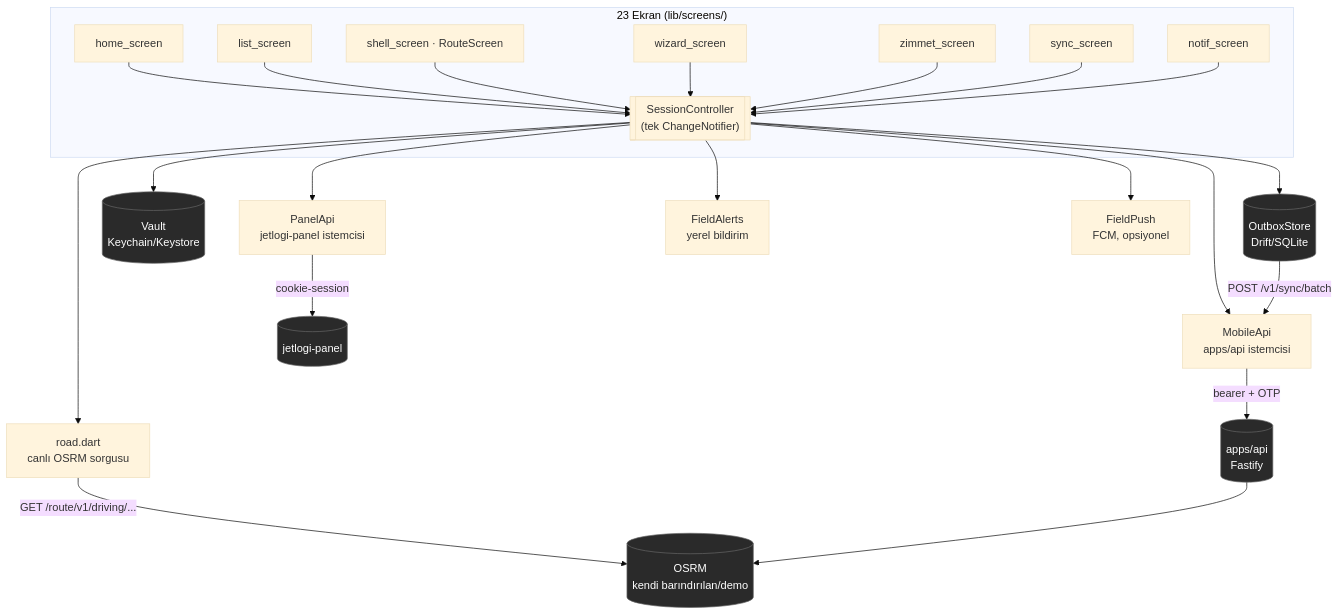
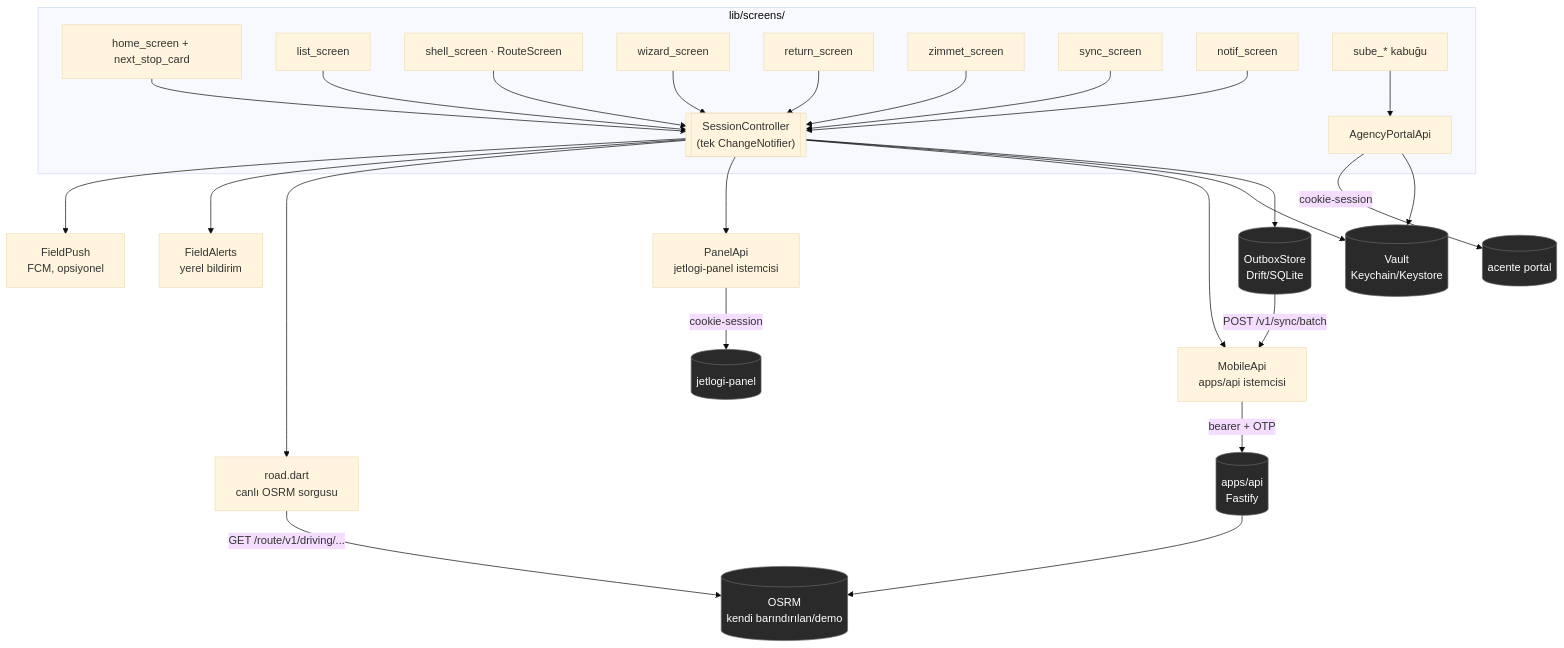
One commit to aatahannbayram/jetlogiv2 changed the first of 3 diagrams in apps/mobile/README.md. Above: the diagram before and after it, drawn with Mermaid (base theme). The commit also changed other lines of this file and 118 other files, not shown here.

````diff
--- a/apps/mobile/README.md
+++ b/apps/mobile/README.md
@@ -53,31 +58,36 @@
 ```mermaid
 flowchart TB
-    subgraph UI["23 Ekran (lib/screens/)"]
-        Home[home_screen] --> Session
+    subgraph UI["lib/screens/"]
+        Home[home_screen + next_stop_card] --> Session
         List[list_screen] --> Session
         Route[shell_screen · RouteScreen] --> Session
         Wizard[wizard_screen] --> Session
+        Return[return_screen] --> Session
         Zimmet[zimmet_screen] --> Session
         Sync[sync_screen] --> Session
         Notif[notif_screen] --> Session
+        Sube[sube_* kabuğu] --> Agency
     end
 
     Session[["SessionController\n(tek ChangeNotifier)"]]
+    Agency[AgencyPortalApi]
 
     Session --> Outbox[(OutboxStore\nDrift/SQLite)]
     Session --> Vault[(Vault\nKeychain/Keystore)]
     Session --> MobileApi[MobileApi\napps/api istemcisi]
     Session --> PanelApi[PanelApi\njetlogi-panel istemcisi]
     Session --> Road[road.dart\ncanlı OSRM sorgusu]
     Session --> Alerts[FieldAlerts\nyerel bildirim]
     Session --> Push[FieldPush\nFCM, opsiyonel]
+    Agency --> Vault
 
     Outbox -->|"POST /v1/sync/batch"| MobileApi
     MobileApi -->|"bearer + OTP"| API[(apps/api\nFastify)]
     PanelApi -->|"cookie-session"| Panel[(jetlogi-panel)]
+    Agency -->|"cookie-session"| Portal[(acente portal)]
     Road -->|"GET /route/v1/driving/..."| OSRM[(OSRM\nkendi barındırılan/demo)]
     API --> OSRM
 
     classDef store fill:#2a2a2a,color:#fff,stroke:#666;
-    class Outbox,Vault,API,Panel,OSRM store;
+    class Outbox,Vault,API,Panel,Portal,OSRM store;
 ```
````
